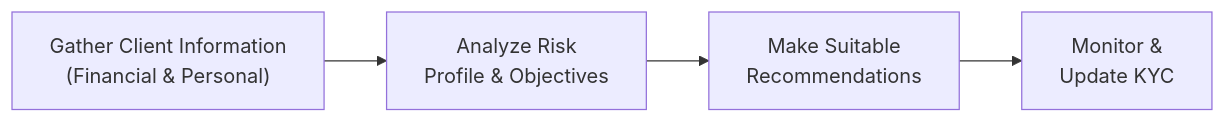
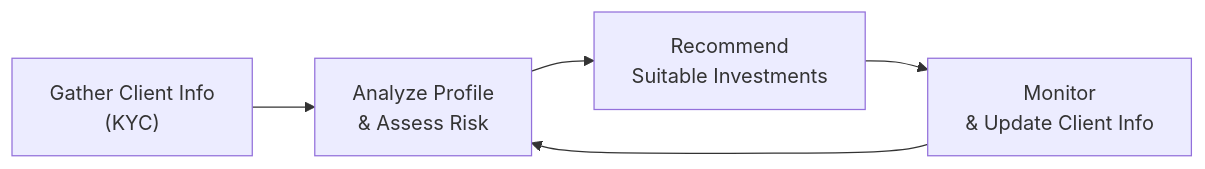
One commit to MasteryEducation/SecuritiesExamsMastery.ca changed the diagram in content/ifc/1/5/index.md. Above: the diagram before and after it, drawn with Mermaid. The commit also changed other lines of this file and 130 other files, not shown here.

````diff
--- a/content/ifc/1/5/index.md
+++ b/content/ifc/1/5/index.md
@@ -110,6 +113,12 @@
 ```mermaid
 flowchart LR
-    A["Gather Client Information <br/>(Financial & Personal)"] --> B["Analyze Risk <br/>Profile & Objectives"]
-    B["Analyze Risk <br/>Profile & Objectives"] --> C["Make Suitable <br/>Recommendations"]
-    C["Make Suitable <br/>Recommendations"] --> D["Monitor & <br/>Update KYC"]
+    A["Gather Client Info <br/>(KYC)"]
+    B["Analyze Profile <br/>& Assess Risk"]
+    C["Recommend <br/>Suitable Investments"]
+    D["Monitor <br/>& Update Client Info"]
+
+    A --> B
+    B --> C
+    C --> D
+    D --> B
 ```
````
